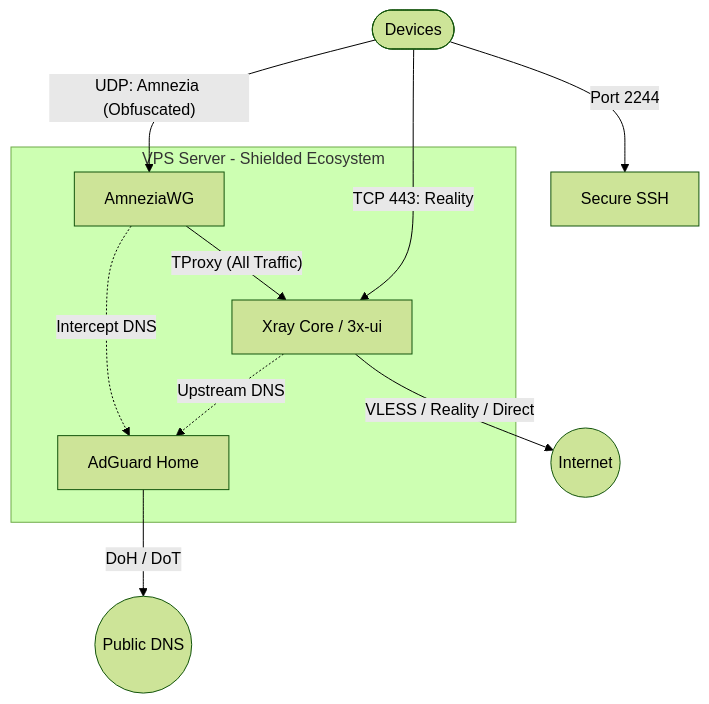
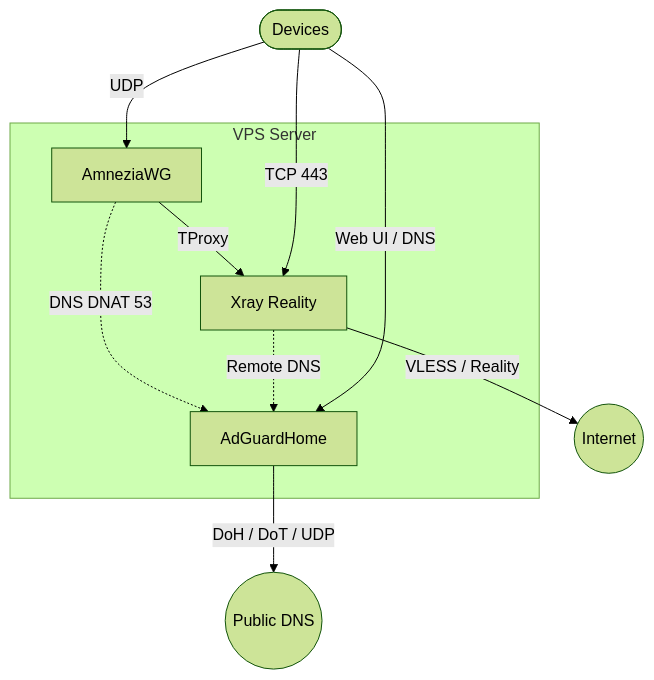
Before and after one commit to SpIvanM/3x-awg-adg-bundle: the second of 2 diagrams in readme.md, drawn with Mermaid (forest theme). The commit also changed other lines of this file and 5 other files, not shown here.

Commit message:
refactor: remove legacy 3x-ui dependencies and update regression tests to enforce Xray Reality configuration standards

````diff
--- a/readme.md
+++ b/readme.md
@@ -84,21 +95,21 @@
 ```mermaid
 graph TD
     User([Devices])
-    
-    subgraph VPS [VPS Server - Shielded Ecosystem]
+
+    subgraph VPS [VPS Server]
         AWG[AmneziaWG]
-        XR[Xray Core / 3x-ui]
-        AGH[AdGuard Home]
-        
-        AWG -->|"TProxy (All Traffic)"| XR
-        AWG -.->|"Intercept DNS"| AGH
-        XR -.->|"Upstream DNS"| AGH
+        XR[Xray Reality]
+        AGH[AdGuardHome]
+
+        AWG -->|TProxy| XR
+        AWG -.->|DNS DNAT 53| AGH
+        XR -.->|Remote DNS| AGH
     end
 
-    XR -->|"VLESS / Reality / Direct"| Net((Internet))
-    AGH -->|"DoH / DoT"| DNS((Public DNS))
+    XR -->|VLESS / Reality| Net((Internet))
+    AGH -->|DoH / DoT / UDP| DNS((Public DNS))
 
-    User -->|"UDP: Amnezia (Obfuscated)"| AWG
-    User -->|"TCP 443: Reality"| XR
-    User -->|"Port 2244"| SSH[Secure SSH]
+    User -->|UDP| AWG
+    User -->|TCP 443| XR
+    User -->|Web UI / DNS| AGH
 ```
````
